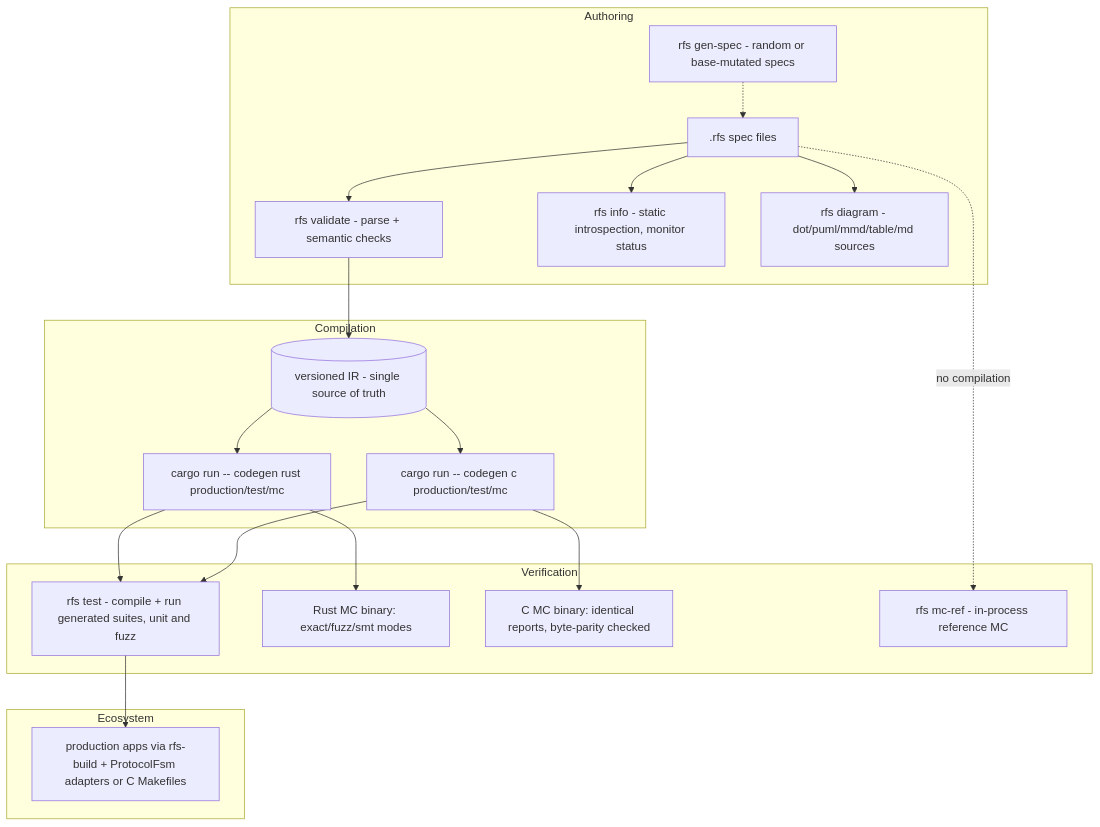
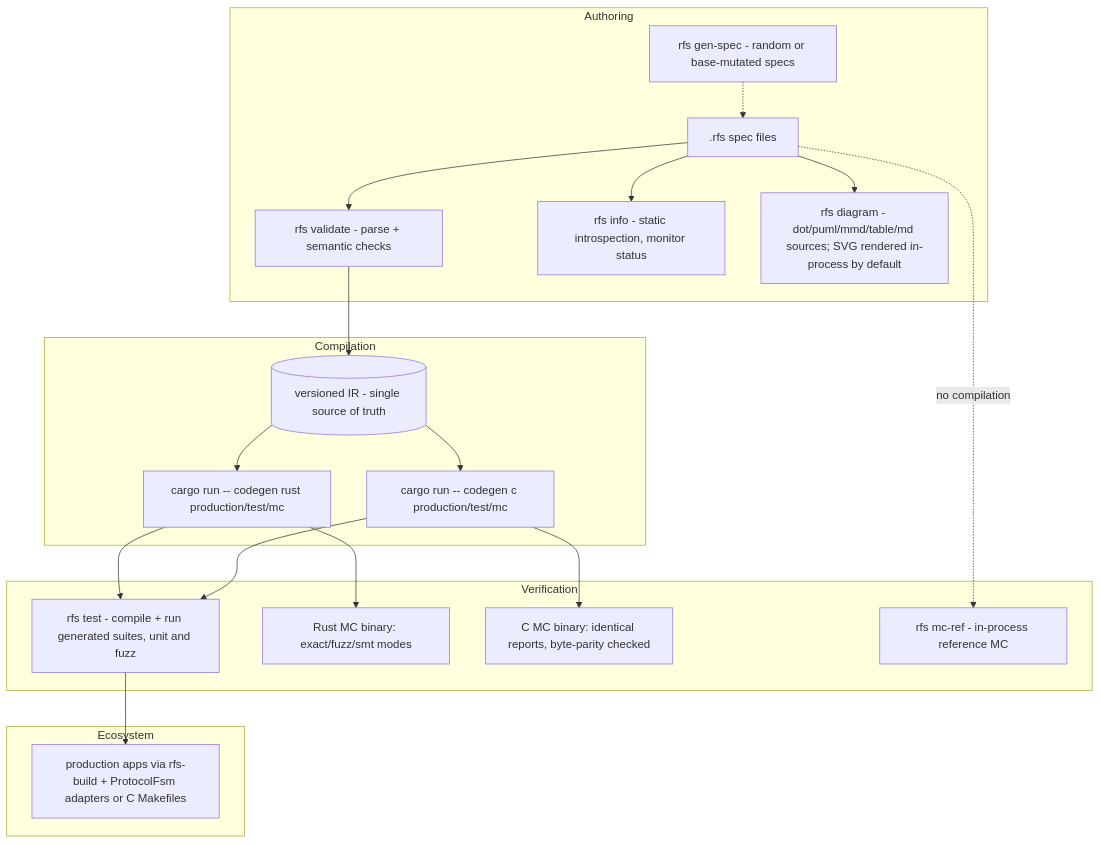
Before and after one commit to vasil-sd/RFS: the diagram in docs/user/README.md, drawn with Mermaid. The commit also changed other lines of this file and 10 other files, not shown here.

````diff
--- a/docs/user/README.md
+++ b/docs/user/README.md
@@ -31,24 +31,24 @@
 ```mermaid
 flowchart TB
     subgraph Authoring
         S[.rfs spec files] --> V[rfs validate - parse + semantic checks]
         S --> I[rfs info - static introspection, monitor status]
-        S --> D[rfs diagram - dot/puml/mmd/table/md sources]
+        S --> D[rfs diagram - dot/puml/mmd/table/md sources; SVG rendered in-process by default]
         G[rfs gen-spec - random or base-mutated specs] -.-> S
     end
     subgraph Compilation
         V --> IR[(versioned IR - single source of truth)]
         IR --> CR[cargo run -- codegen rust production/test/mc]
         IR --> CC[cargo run -- codegen c production/test/mc]
     end
     subgraph Verification
         CR --> RT[rfs test - compile + run generated suites, unit and fuzz]
         CC --> RT
         CR --> MCR[Rust MC binary: exact/fuzz/smt modes]
         CC --> MCC[C MC binary: identical reports, byte-parity checked]
         S -. no compilation .-> REF[rfs mc-ref - in-process reference MC]
     end
     subgraph Ecosystem
         RT --> APP[production apps via rfs-build + ProtocolFsm adapters or C Makefiles]
     end
 ```
````
